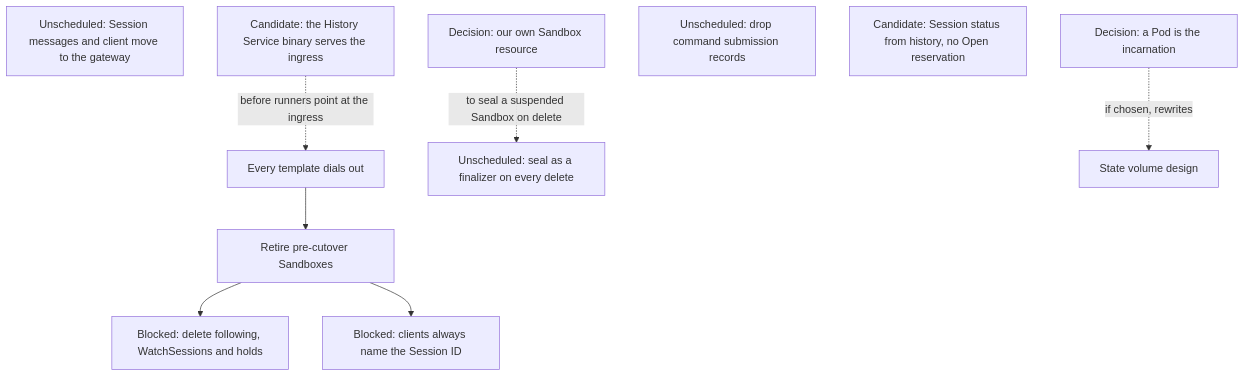
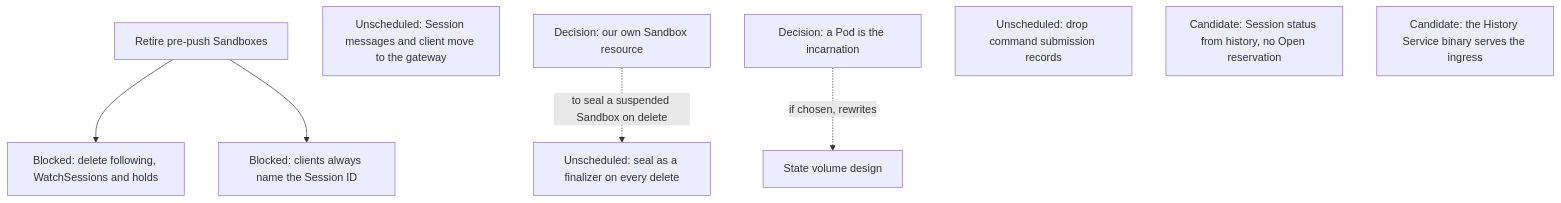
One commit to agentydragon-agent/ducktape changed diagram 12 of 13 in agentplane/plans/task_dag.md. Above: the diagram before and after it, drawn with Mermaid. The commit also changed other lines of this file and 14 other files, not shown here.

First line of the commit message:
agentplane/sandbox_service: require both runner endpoints (#9991)

````diff
--- a/agentplane/plans/task_dag.md
+++ b/agentplane/plans/task_dag.md
@@ -882,20 +875,17 @@
 ```mermaid
 flowchart TD
-    RUNNER_OUTBOUND_ROLLOUT[Every template dials out]
-    LEGACY_SANDBOX_RETIRE[Retire pre-cutover Sandboxes]
+    LEGACY_SANDBOX_RETIRE[Retire pre-push Sandboxes]
     FOLLOW_PATH_RETIRE[Blocked: delete following, WatchSessions and holds]
     GATEWAY_CLIENT_SPLIT[Unscheduled: Session messages and client move to the gateway]
     AGENTPLANE_SANDBOX_RESOURCE[Decision: our own Sandbox resource]
     POD_INCARNATION[Decision: a Pod is the incarnation]
     SEAL_FINALIZER[Unscheduled: seal as a finalizer on every delete]
     COMMAND_RECORDS_RETIRE[Unscheduled: drop command submission records]
     SESSION_ID_MINT_RETIRE[Blocked: clients always name the Session ID]
     LOOKUP_SESSION_RETIRE[Candidate: Session status from history, no Open reservation]
     HISTORY_INGRESS_SAME_BINARY[Candidate: the History Service binary serves the ingress]
-    HISTORY_INGRESS_SAME_BINARY -. before runners point at the ingress .-> RUNNER_OUTBOUND_ROLLOUT
-    RUNNER_OUTBOUND_ROLLOUT --> LEGACY_SANDBOX_RETIRE
     LEGACY_SANDBOX_RETIRE --> FOLLOW_PATH_RETIRE
     AGENTPLANE_SANDBOX_RESOURCE -. to seal a suspended Sandbox on delete .-> SEAL_FINALIZER
     POD_INCARNATION -. if chosen, rewrites .-> SESSION_STATE_VOLUME_DESIGN[State volume design]
     LEGACY_SANDBOX_RETIRE --> SESSION_ID_MINT_RETIRE
 ```
````
